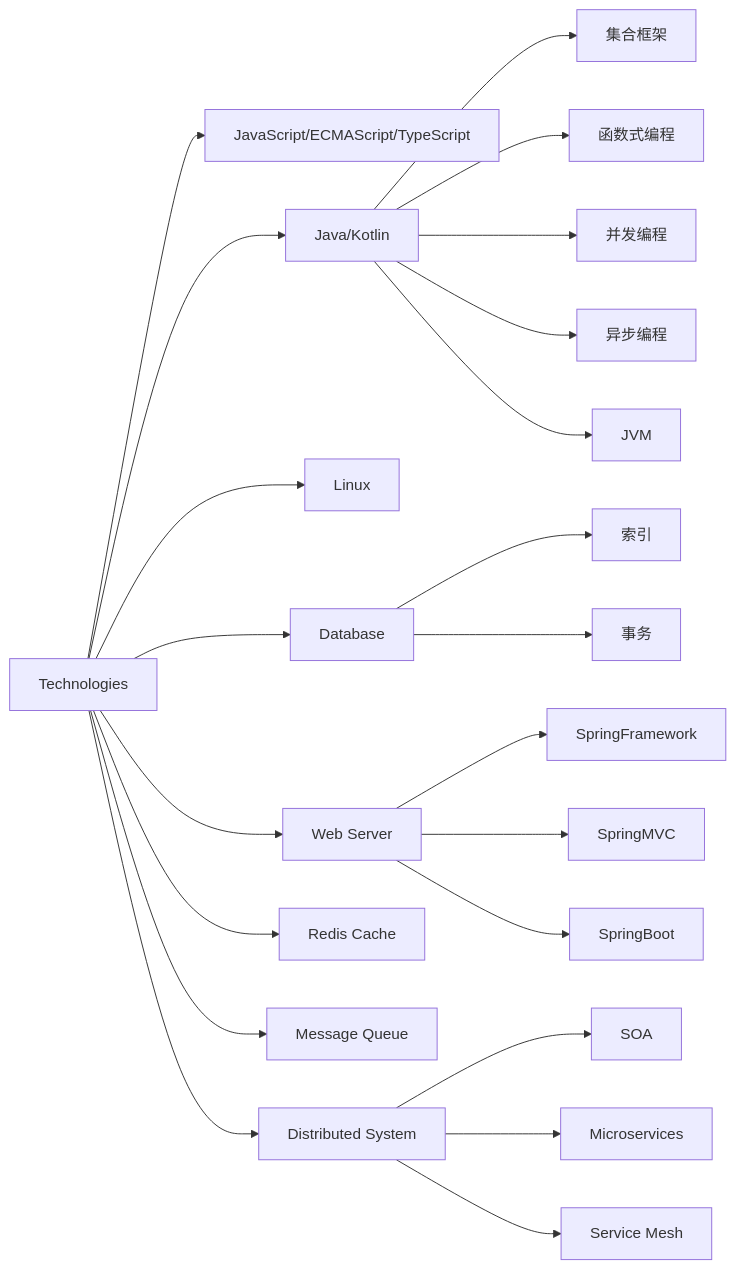
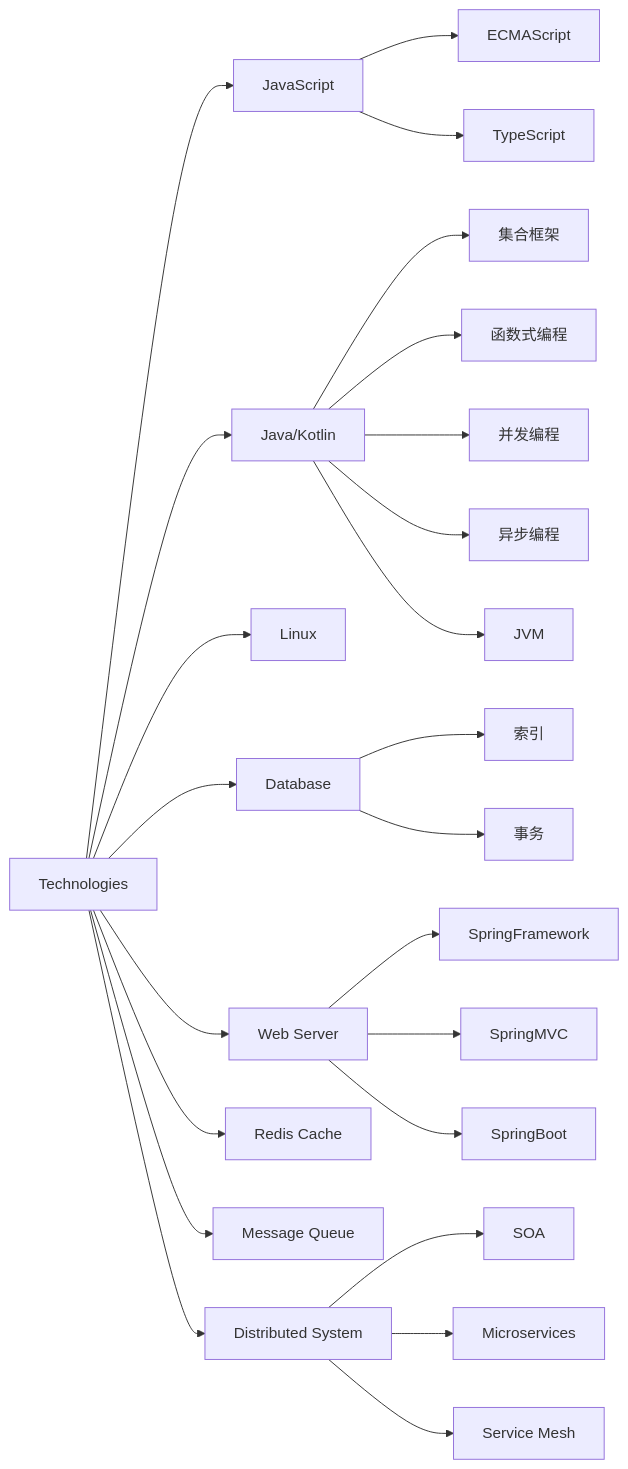
Before and after one commit to xtyuns/xtyuns: the diagram in README.md, drawn with Mermaid.

Commit message:
JavaScript technologies

````diff
--- a/README.md
+++ b/README.md
@@ -35,54 +35,58 @@
 ```mermaid
 graph LR
     Root[Technologies]
 
-    ES[JavaScript/ECMAScript/TypeScript]
-    Root --> ES
+    JS[JavaScript]
+    Root --> JS
+        ES[ECMAScript]
+        JS --> ES
+        TS[TypeScript]
+        JS --> TS
 
     Java[Java/Kotlin]
     Root --> Java
         Collection[集合框架]
         Java --> Collection
         Stream[函数式编程]
         Java --> Stream
         Concurrent[并发编程]
         Java --> Concurrent
         Async[异步编程]
         Java --> Async
         JVM[JVM]
         Java --> JVM
 
     Linux[Linux]
     Root --> Linux
 
     DB[Database]
     Root --> DB
         DBIndex[索引]
         DB --> DBIndex
         Transaction[事务]
         DB --> Transaction
 
     WebServer[Web Server]
     Root --> WebServer
         Spring[SpringFramework]
         WebServer --> Spring
         SpringMVC[SpringMVC]
         WebServer --> SpringMVC
         SpringBoot[SpringBoot]
         WebServer --> SpringBoot
 
     Cache[Redis Cache]
     Root --> Cache
 
     MQ[Message Queue]
     Root --> MQ
 
     DS[Distributed System]
     Root --> DS
         SOA[SOA]
         DS --> SOA
         Microservices[Microservices]
         DS --> Microservices
         ServiceMesh[Service Mesh]
         DS --> ServiceMesh
 ```
````
